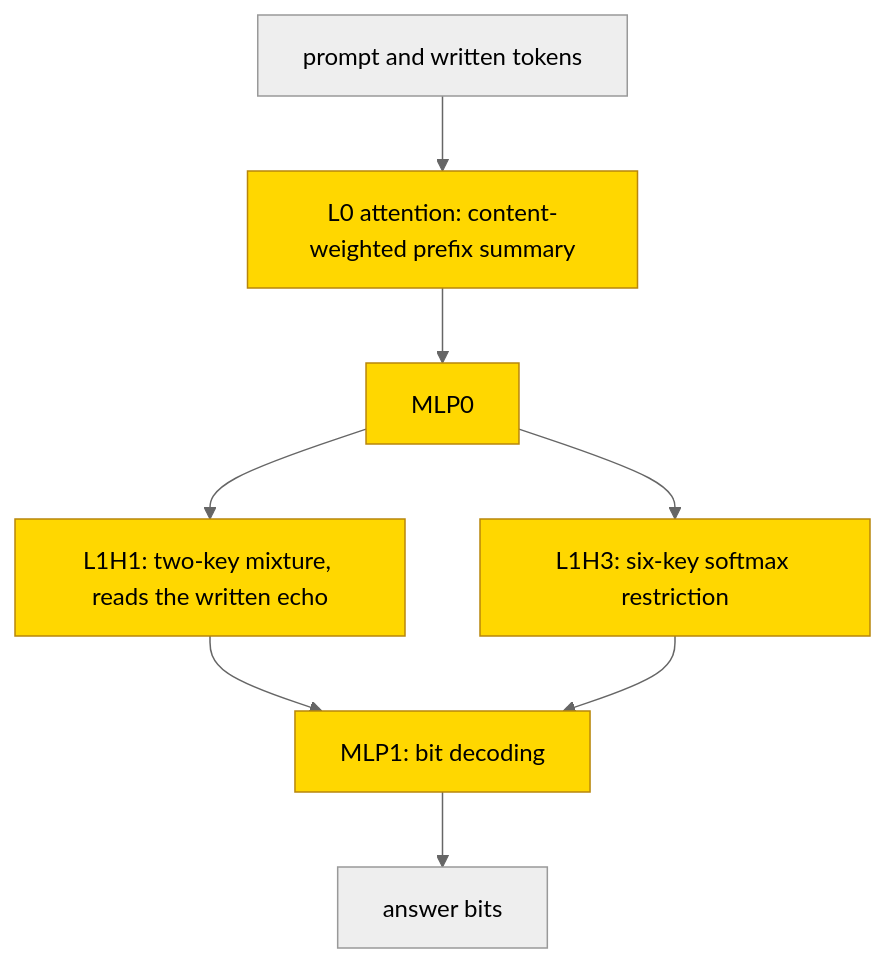
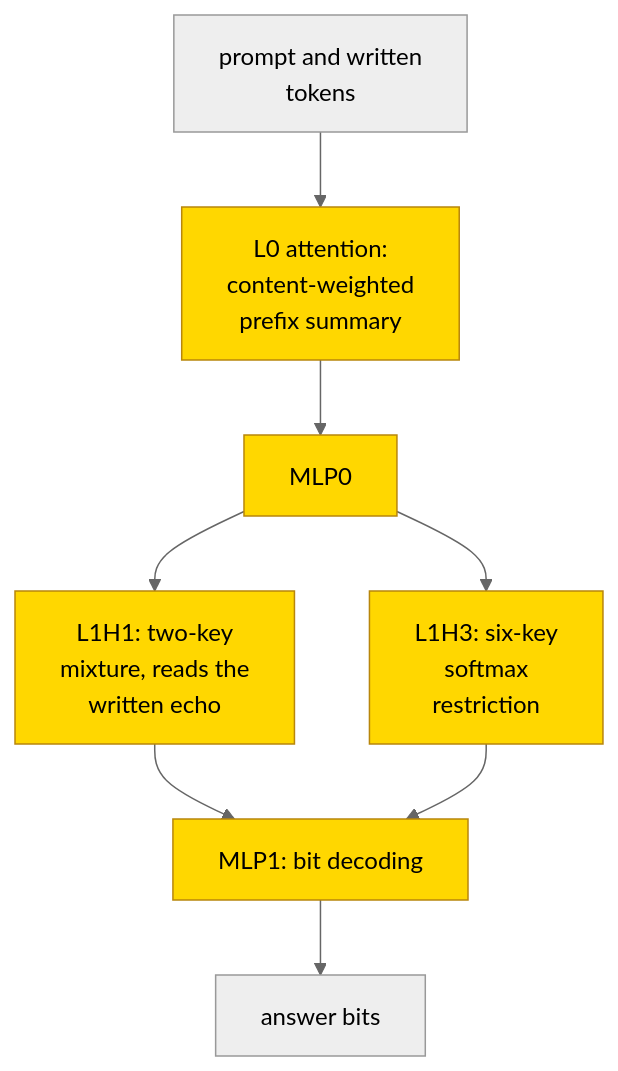
Before and after one commit to jc1122/mechanistic-interpretability-circuit-atlas: the second of 2 diagrams in entries/base-conversion.md, drawn with Mermaid (neutral theme). The commit also changed other lines of this file and 39 other files, not shown here.

````diff
--- a/entries/base-conversion.md
+++ b/entries/base-conversion.md
@@ -289,14 +292,14 @@
 ```mermaid
 flowchart TD
     accTitle: Probed hexadecimal-to-binary trained circuit
     accDescr: A content-weighted prefix summary and MLP feed echo-reading and restricted-softmax heads, then the bit decoder. The displayed computational blocks are trained. Status is partial: local substitutions pass, a joint digit-only scrub fails, and complement resampling was not reported.
-    T["prompt and written tokens"] --> L0["L0 attention: content-weighted prefix summary"]
+    T["prompt and written<br/>tokens"] --> L0["L0 attention:<br/>content-weighted<br/>prefix summary"]
     L0 --> M0["MLP0"]
-    M0 --> H1["L1H1: two-key mixture, reads the written echo"]
-    M0 --> H3["L1H3: six-key softmax restriction"]
+    M0 --> H1["L1H1: two-key<br/>mixture, reads the<br/>written echo"]
+    M0 --> H3["L1H3: six-key<br/>softmax<br/>restriction"]
     H1 --> M1["MLP1: bit decoding"]
     H3 --> M1
     M1 --> B["answer bits"]
     classDef trained fill:gold,stroke:darkgoldenrod,color:black
     class L0,M0,H1,H3,M1 trained
 ```
````
